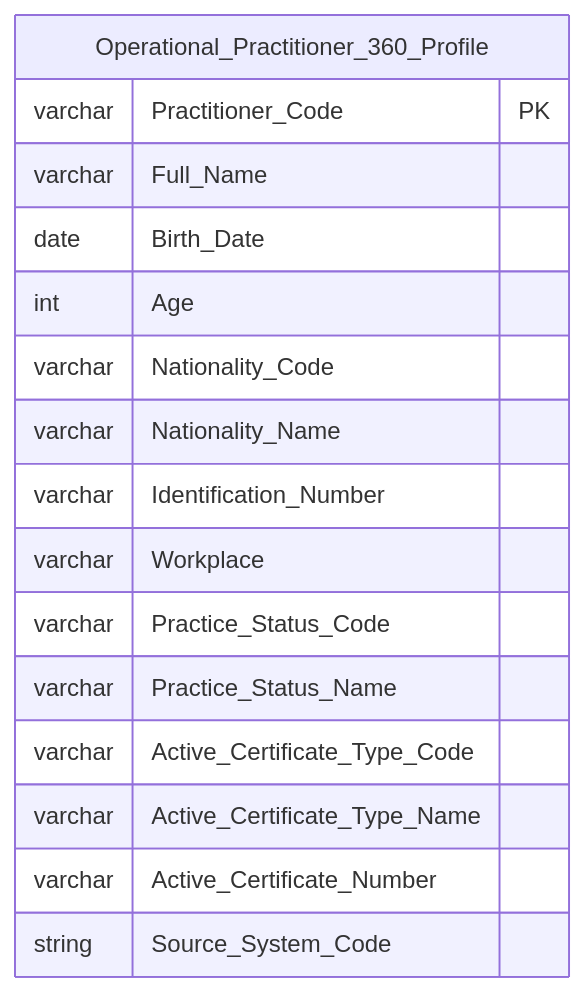
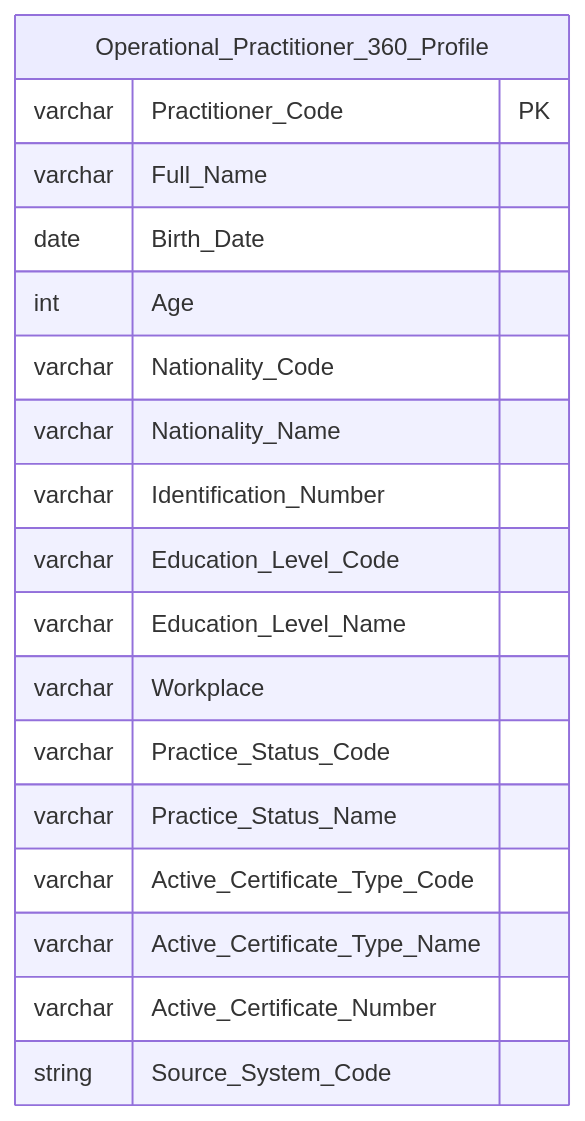
Before and after one commit to linhlvit/ubck_atomic_design: diagram 22 of 40 in Datamart/hld/DTM_NHNCK_HLD.md, drawn with Mermaid. The commit also changed other lines of this file and 8 other files, not shown here.

````diff
--- a/Datamart/hld/DTM_NHNCK_HLD.md
+++ b/Datamart/hld/DTM_NHNCK_HLD.md
@@ -953,20 +953,22 @@
 ```mermaid
 erDiagram
     Operational_Practitioner_360_Profile {
         varchar Practitioner_Code PK
         varchar Full_Name
         date Birth_Date
         int Age
         varchar Nationality_Code
         varchar Nationality_Name
         varchar Identification_Number
+        varchar Education_Level_Code
+        varchar Education_Level_Name
         varchar Workplace
         varchar Practice_Status_Code
         varchar Practice_Status_Name
         varchar Active_Certificate_Type_Code
         varchar Active_Certificate_Type_Name
         varchar Active_Certificate_Number
         string Source_System_Code
 
     }
 ```
````
